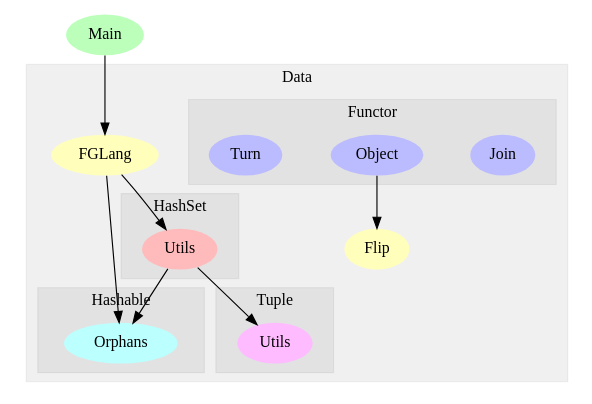
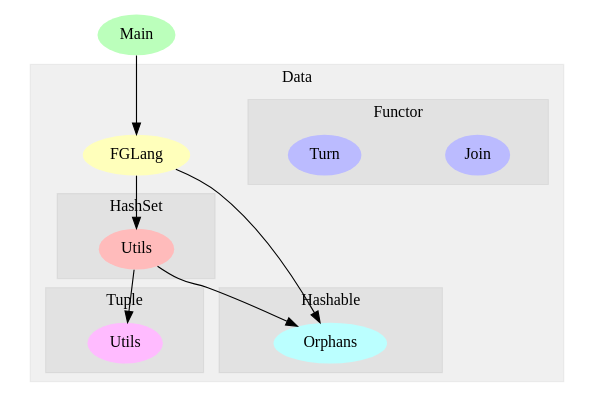
Before and after one commit to michaeljklein/flock-pieces-fglang: the diagram in dependency_graph.dot, drawn with Graphviz. The commit also changed 29 other files, not shown here.

Commit message:
updated dep. graph and docs

```diff
--- a/dependency_graph.dot
+++ b/dependency_graph.dot
@@ -1,50 +1,47 @@
 digraph G {
 size="6,4";
 ratio="fill";
-u8[label="Main",style="filled",fillcolor="#bbffbb",penwidth="0"];
+u6[label="Main",style="filled",fillcolor="#bbffbb",penwidth="0"];
 subgraph cluster_0 {
 label="Data";
 color="#0000000F";
 style="filled";
 u0[label="FGLang",style="filled",fillcolor="#ffffbb",penwidth="0"];
-u4[label="Flip",style="filled",fillcolor="#ffffbb",penwidth="0"];
 subgraph cluster_1 {
 label="Functor";
 color="#0000000F";
 style="filled";
-u5[label="Join",style="filled",fillcolor="#bbbbff",penwidth="0"];
-u6[label="Object",style="filled",fillcolor="#bbbbff",penwidth="0"];
-u7[label="Turn",style="filled",fillcolor="#bbbbff",penwidth="0"];
+u4[label="Join",style="filled",fillcolor="#bbbbff",penwidth="0"];
+u5[label="Turn",style="filled",fillcolor="#bbbbff",penwidth="0"];
 
 }
 subgraph cluster_2 {
 label="HashSet";
 color="#0000000F";
 style="filled";
 u1[label="Utils",style="filled",fillcolor="#ffbbbb",penwidth="0"];
 
 }
 subgraph cluster_3 {
 label="Hashable";
 color="#0000000F";
 style="filled";
 u2[label="Orphans",style="filled",fillcolor="#bbffff",penwidth="0"];
 
 }
 subgraph cluster_4 {
 label="Tuple";
 color="#0000000F";
 style="filled";
 u3[label="Utils",style="filled",fillcolor="#ffbbff",penwidth="0"];
 
 }
 
 }
 u0 -> u1;
 u0 -> u2;
 u1 -> u2;
 u1 -> u3;
-u6 -> u4;
-u8 -> u0;
+u6 -> u0;
 
 }
```
